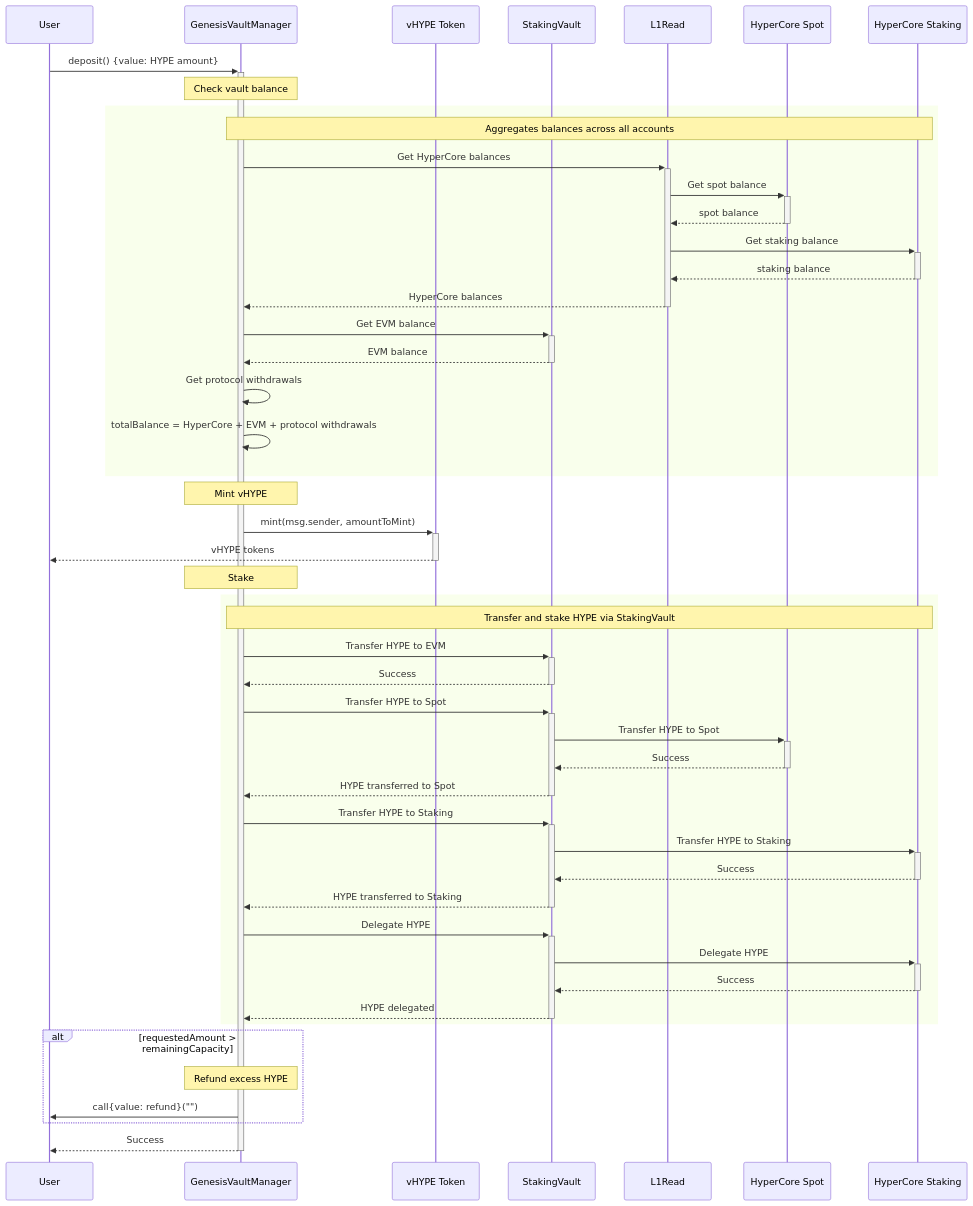
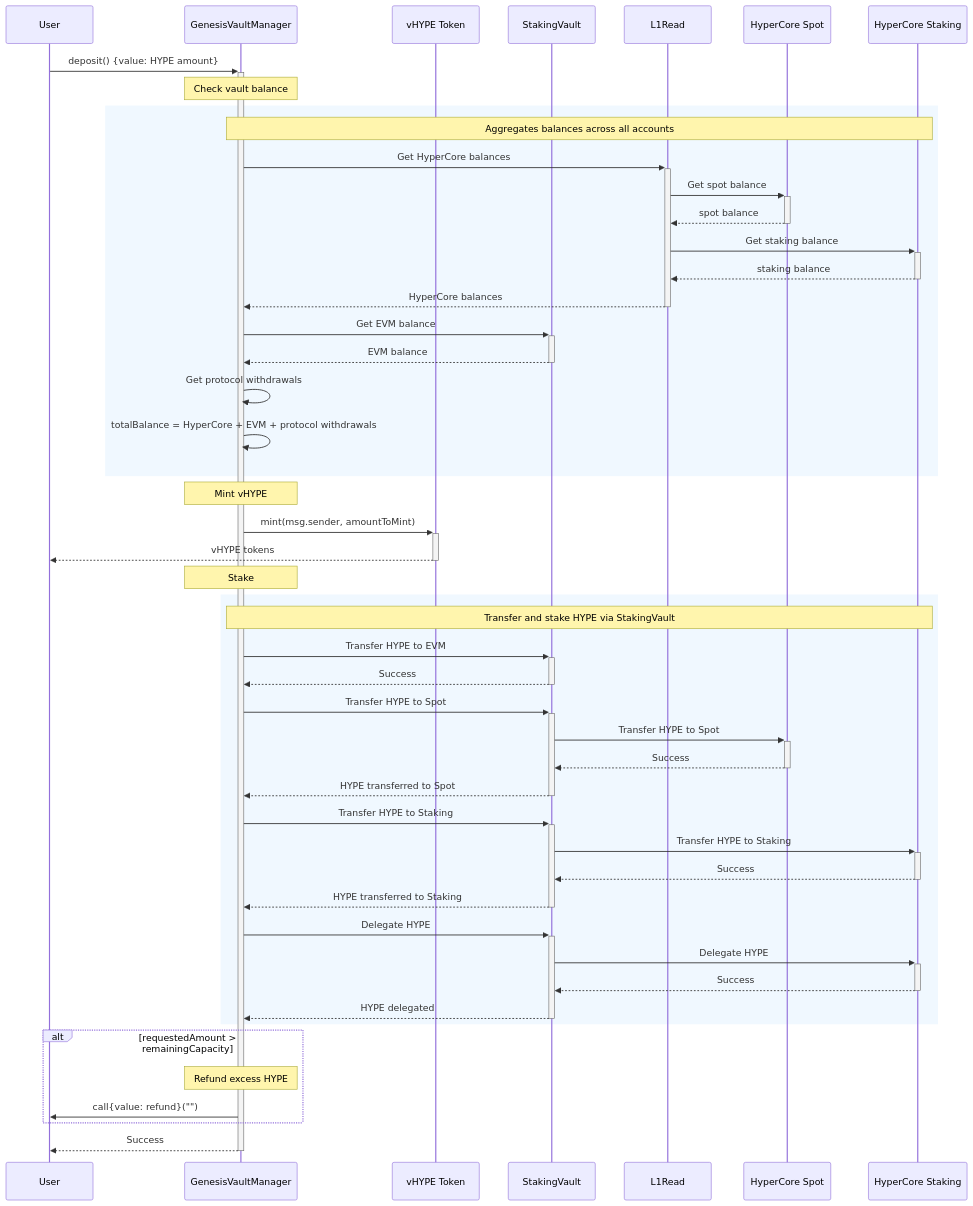
One commit to ventuals/ventuals-contracts changed the diagram in ARCHITECTURE.md. Above: the diagram before and after it, drawn with Mermaid.

Commit message:
color rect

````diff
--- a/ARCHITECTURE.md
+++ b/ARCHITECTURE.md
@@ -7,62 +7,62 @@
 ```mermaid
 sequenceDiagram
     participant User
     participant GVM as GenesisVaultManager
     participant vHYPE as vHYPE Token
     participant SV as StakingVault
     participant L1R as L1Read
     participant HCSP as HyperCore Spot
     participant HCST as HyperCore Staking
 
     User->>+GVM: deposit() {value: HYPE amount}
 
     Note over GVM: Check vault balance
 
-    rect
+    rect rgb(240, 248, 255)
         Note over GVM,HCST: Aggregates balances across all accounts
 
         GVM->>+L1R: Get HyperCore balances
         L1R->>+HCSP: Get spot balance
         HCSP-->>-L1R: spot balance
         L1R->>+HCST: Get staking balance
         HCST-->>-L1R: staking balance
         L1R-->>-GVM: HyperCore balances
         GVM->>+SV: Get EVM balance
         SV-->>-GVM: EVM balance
         GVM->>GVM: Get protocol withdrawals
         GVM->>GVM: totalBalance = HyperCore + EVM + protocol withdrawals
     end
 
     Note over GVM: Mint vHYPE
     GVM->>+vHYPE: mint(msg.sender, amountToMint)
     vHYPE-->>-User: vHYPE tokens
 
     Note over GVM: Stake
 
-    rect
+    rect rgb(240, 248, 255)
         Note over GVM,HCST: Transfer and stake HYPE via StakingVault
         GVM->>+SV: Transfer HYPE to EVM
         SV-->>-GVM: Success
         GVM->>+SV: Transfer HYPE to Spot
         SV->>+HCSP: Transfer HYPE to Spot
         HCSP-->>-SV: Success
         SV-->>-GVM: HYPE transferred to Spot
 
         GVM->>+SV: Transfer HYPE to Staking
         SV->>+HCST: Transfer HYPE to Staking
         HCST-->>-SV: Success
         SV-->>-GVM: HYPE transferred to Staking
 
         GVM->>+SV: Delegate HYPE
         SV->>+HCST: Delegate HYPE
         HCST-->>-SV: Success
         SV-->>-GVM: HYPE delegated
     end
 
     alt requestedAmount > remainingCapacity
         Note over GVM: Refund excess HYPE
         GVM->>User: call{value: refund}("")
     end
 
     GVM-->>-User: Success
 ```
````
